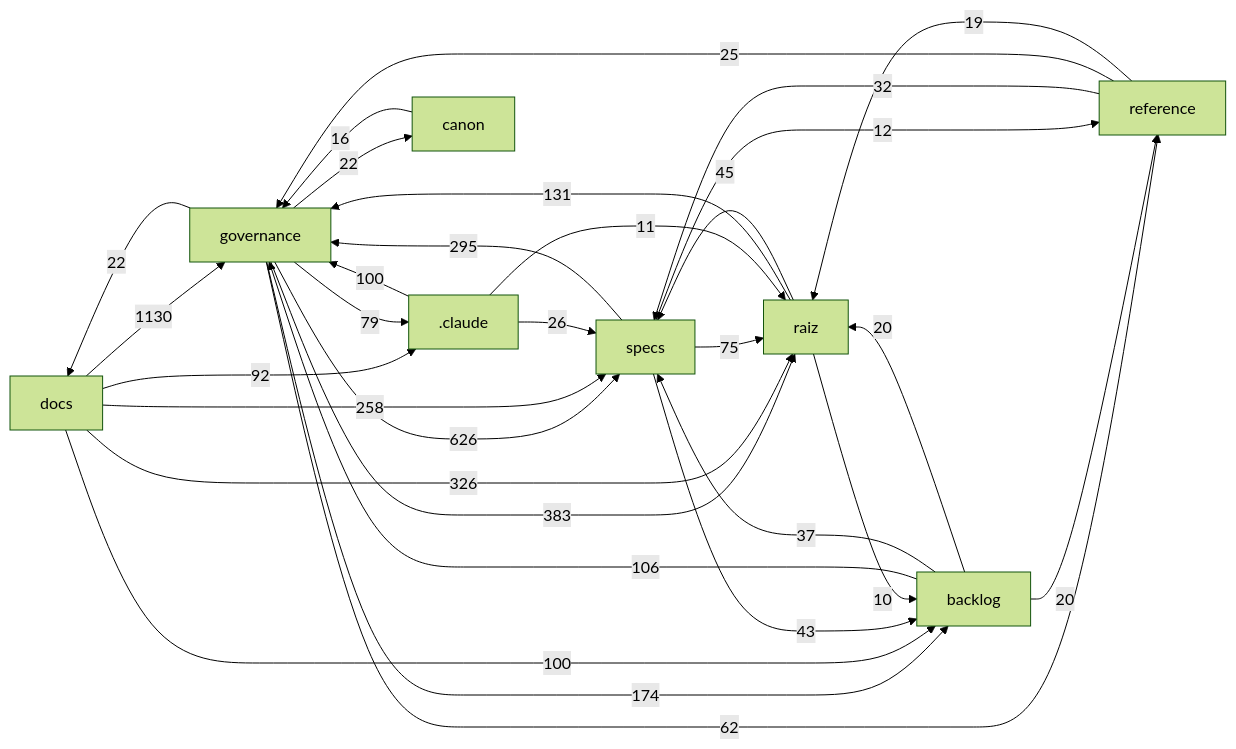
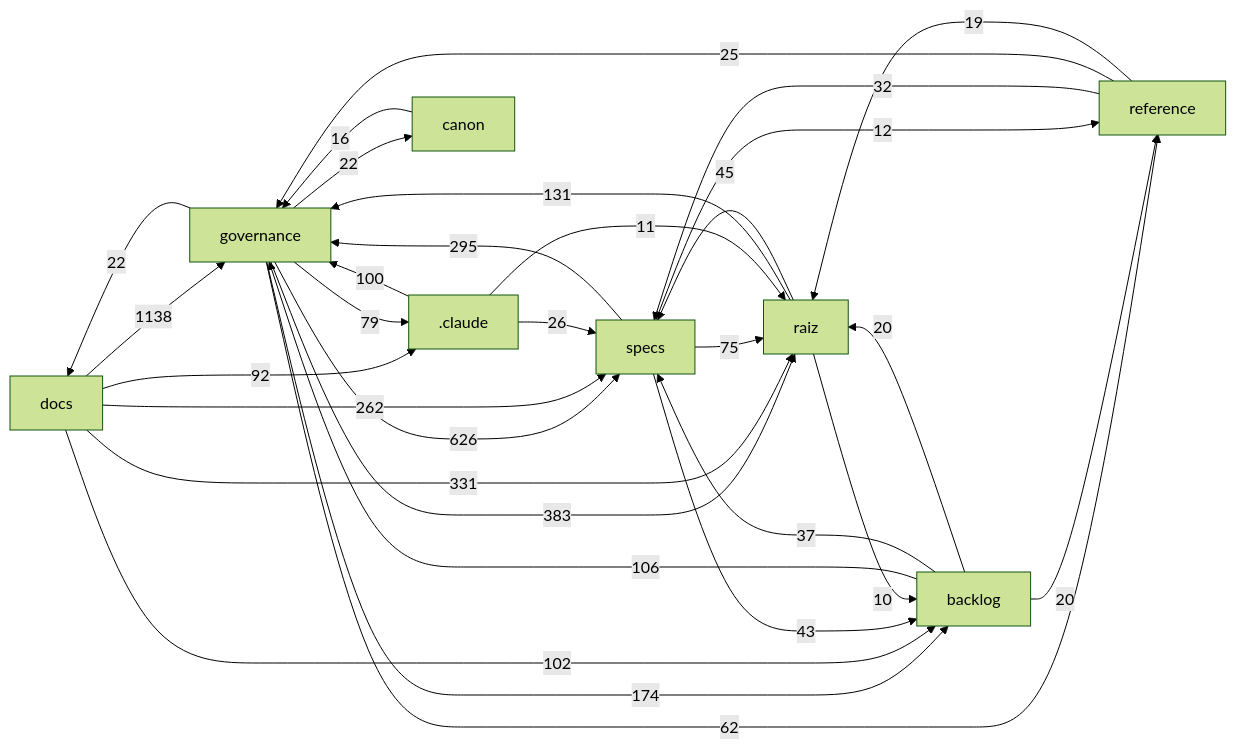
The diagram in docs/mapa/MAPA-PROJETO.md (Andraus35/Sistema-Operacional-de-Trading--SOT), drawn with Mermaid (forest theme) before and after one commit. The commit also changed other lines of this file and 3 other files, not shown here.

````diff
--- a/docs/mapa/MAPA-PROJETO.md
+++ b/docs/mapa/MAPA-PROJETO.md
@@ -29,33 +29,33 @@
 ```mermaid
 flowchart LR
-  docs["docs"] -->|1130| governance["governance"]
+  docs["docs"] -->|1138| governance["governance"]
   governance["governance"] -->|626| specs["specs"]
   governance["governance"] -->|383| raiz["raiz"]
-  docs["docs"] -->|326| raiz["raiz"]
+  docs["docs"] -->|331| raiz["raiz"]
   specs["specs"] -->|295| governance["governance"]
-  docs["docs"] -->|258| specs["specs"]
+  docs["docs"] -->|262| specs["specs"]
   governance["governance"] -->|174| backlog["backlog"]
   raiz["raiz"] -->|131| governance["governance"]
   backlog["backlog"] -->|106| governance["governance"]
+  docs["docs"] -->|102| backlog["backlog"]
   _claude[".claude"] -->|100| governance["governance"]
-  docs["docs"] -->|100| backlog["backlog"]
   docs["docs"] -->|92| _claude[".claude"]
   governance["governance"] -->|79| _claude[".claude"]
   specs["specs"] -->|75| raiz["raiz"]
   governance["governance"] -->|62| reference["reference"]
   raiz["raiz"] -->|45| specs["specs"]
   specs["specs"] -->|43| backlog["backlog"]
   backlog["backlog"] -->|37| specs["specs"]
   reference["reference"] -->|32| specs["specs"]
   _claude[".claude"] -->|26| specs["specs"]
   reference["reference"] -->|25| governance["governance"]
   governance["governance"] -->|22| docs["docs"]
   governance["governance"] -->|22| canon["canon"]
   backlog["backlog"] -->|20| raiz["raiz"]
   backlog["backlog"] -->|20| reference["reference"]
   reference["reference"] -->|19| raiz["raiz"]
   canon["canon"] -->|16| governance["governance"]
   specs["specs"] -->|12| reference["reference"]
   _claude[".claude"] -->|11| raiz["raiz"]
   raiz["raiz"] -->|10| backlog["backlog"]
 ```
````
